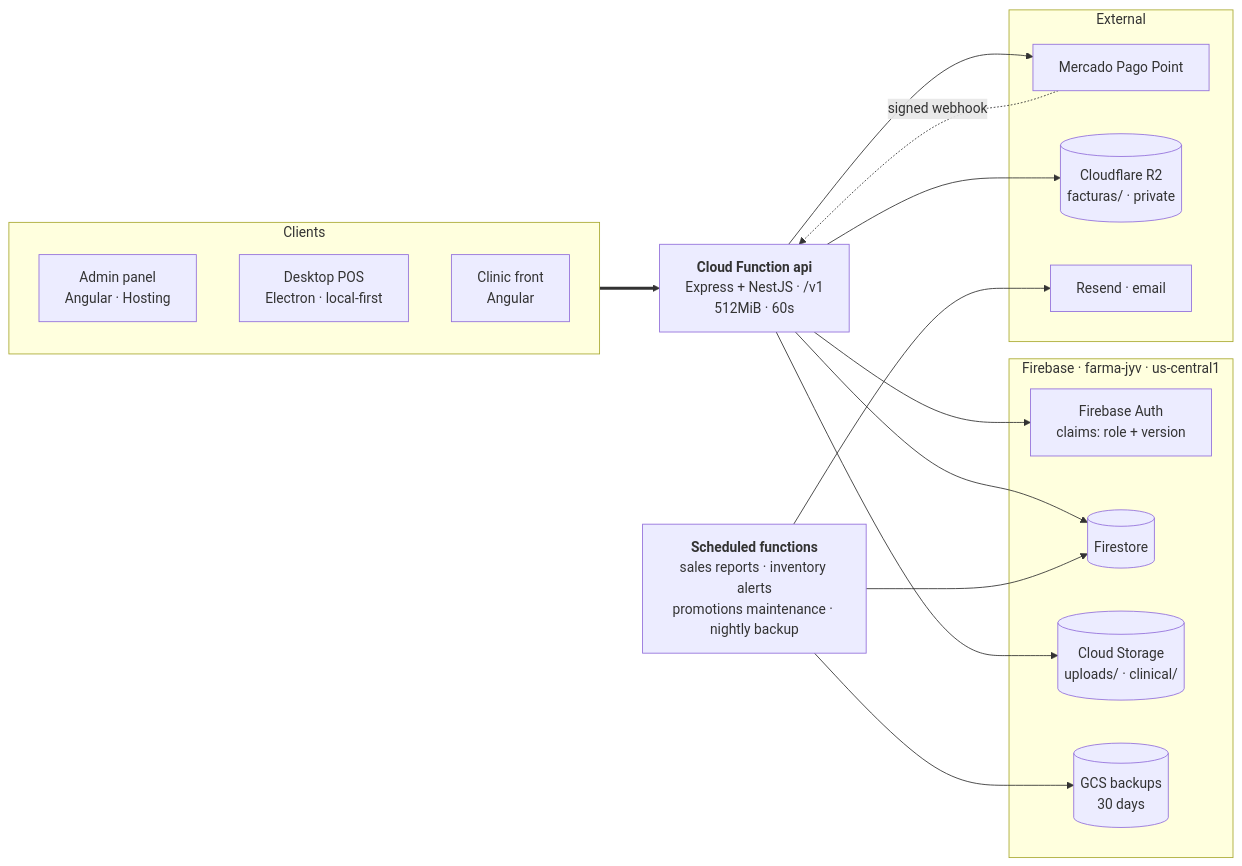
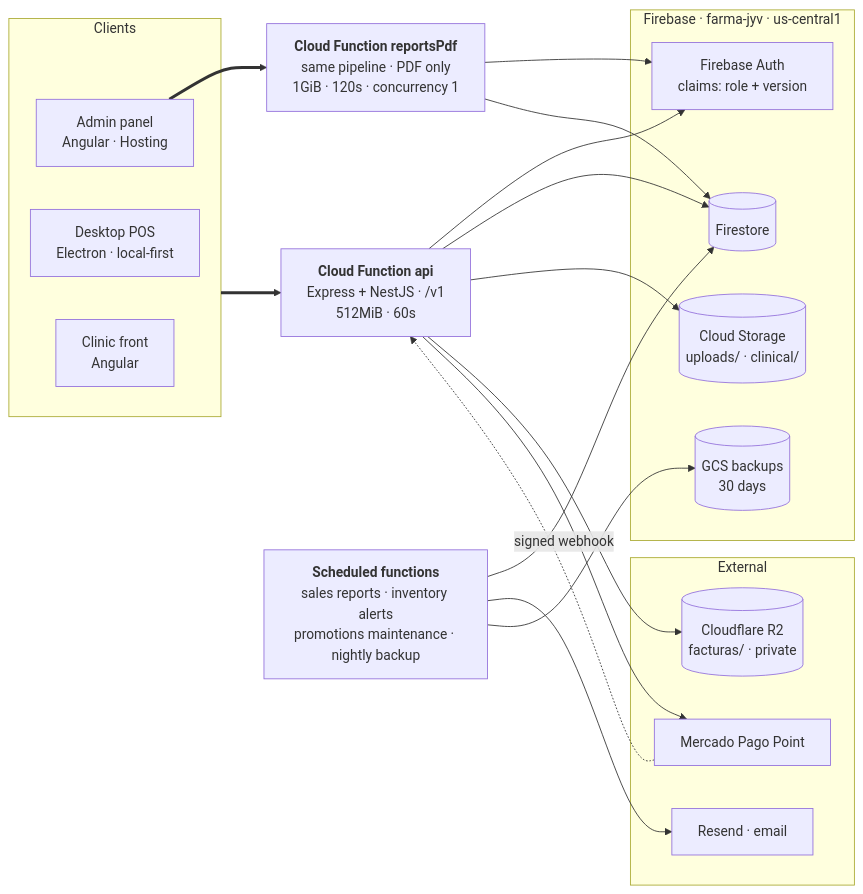
The first of 2 diagrams in CLAUDE.md (dev-jyv/backend-farma-jyv), drawn with Mermaid before and after one commit. The commit also changed other lines of this file and 17 other files, not shown here.

First line of the commit message:
feat(reportes): función reportsPdf para los PDF con Chromium fuera de api

````diff
--- a/CLAUDE.md
+++ b/CLAUDE.md
@@ -20,36 +21,40 @@
 ```mermaid
 flowchart LR
     subgraph clients["Clients"]
         admin["Admin panel<br/>Angular · Hosting"]
         pos["Desktop POS<br/>Electron · local-first"]
         clinic["Clinic front<br/>Angular"]
     end
 
     api["<b>Cloud Function api</b><br/>Express + NestJS · /v1<br/>512MiB · 60s"]
+    pdf["<b>Cloud Function reportsPdf</b><br/>same pipeline · PDF only<br/>1GiB · 120s · concurrency 1"]
     crons["<b>Scheduled functions</b><br/>sales reports · inventory alerts<br/>promotions maintenance · nightly backup"]
 
     subgraph data["Firebase · farma-jyv · us-central1"]
         auth["Firebase Auth<br/>claims: role + version"]
         fs[("Firestore")]
         gcs[("Cloud Storage<br/>uploads/ · clinical/")]
         backups[("GCS backups<br/>30 days")]
     end
 
     subgraph ext["External"]
         mp["Mercado Pago Point"]
         r2[("Cloudflare R2<br/>facturas/ · private")]
         resend["Resend · email"]
     end
 
     clients ==> api
+    admin ==> pdf
+    pdf --> auth
+    pdf --> fs
     api --> auth
     api --> fs
     api --> gcs
     api --> r2
     api --> mp
     mp -. "signed webhook" .-> api
 
     crons --> fs
     crons --> resend
     crons --> backups
 ```
````
